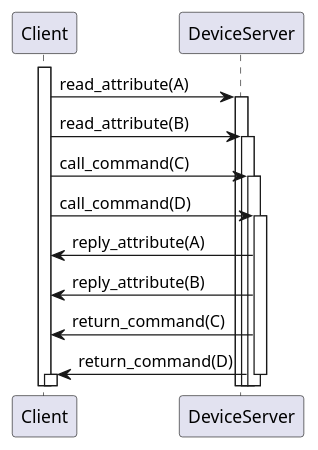
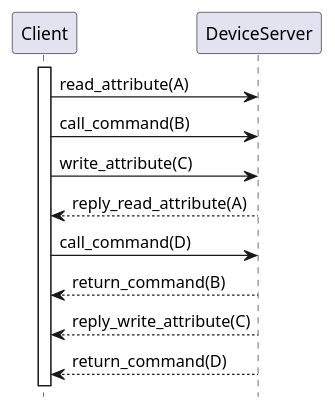
Before and after one commit to tango-controls/rfc: the diagram in 10/asynchronous-call.puml, drawn with PlantUML.

Commit message:
rfc-10, #107, adding a proper source for diagram

```diff
--- a/10/asynchronous-call.puml
+++ b/10/asynchronous-call.puml
@@ -1,26 +1,13 @@
 @startuml
+hide footbox
 activate Client
 
 Client -> DeviceServer: read_attribute(A)
-activate DeviceServer
-
-Client -> DeviceServer: read_attribute(B)
-activate DeviceServer
-
-Client -> DeviceServer: call_command(C)
-activate DeviceServer
-
+Client -> DeviceServer: call_command(B)
+Client -> DeviceServer: write_attribute(C)
+return reply_read_attribute(A)
 Client -> DeviceServer: call_command(D)
-activate DeviceServer
-
-DeviceServer -> Client: reply_attribute(A)
-
-DeviceServer -> Client: reply_attribute(B)
-
-DeviceServer -> Client: return_command(C)
-
-DeviceServer -> Client: return_command(D)
-deactivate DeviceServer
-activate Client
-
-@enduml 
+DeviceServer --> Client: return_command(B)
+DeviceServer --> Client: reply_write_attribute(C)
+DeviceServer --> Client:return_command(D)
+@enduml
```
